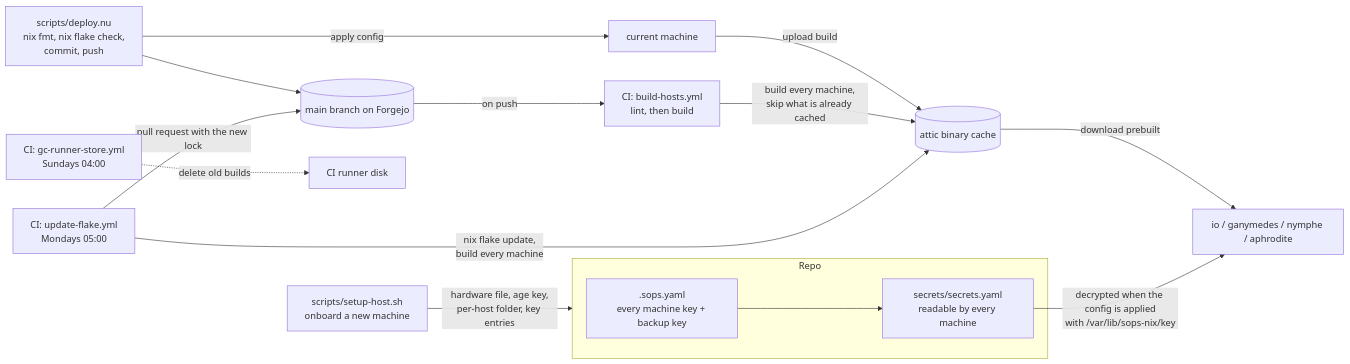
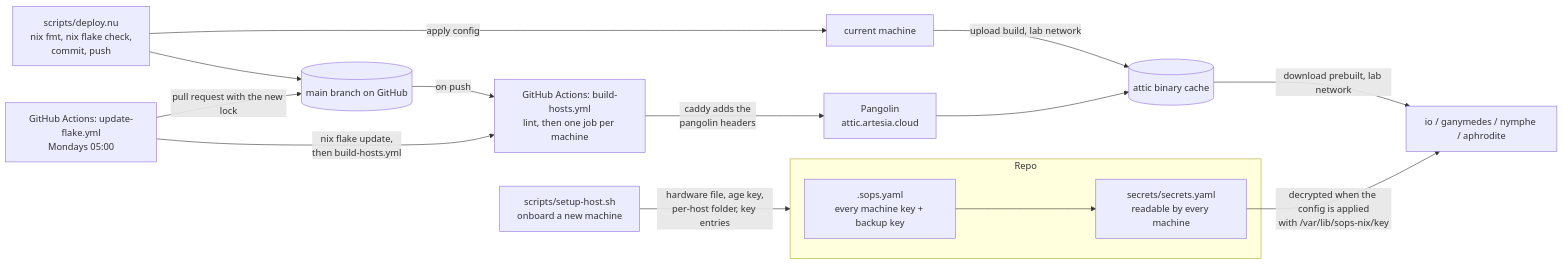
One commit to 68656c6c/celestial changed the second of 2 diagrams in docs/structure.md. Above: the diagram before and after it, drawn with Mermaid. The commit also changed other lines of this file and 1 other file, not shown here.

Commit message:
docs: github actions and attic through pangolin

````diff
--- a/docs/structure.md
+++ b/docs/structure.md
@@ -144,23 +143,23 @@
 ```mermaid
 flowchart LR
     subgraph repo["Repo"]
         sopscfg[".sops.yaml<br/>every machine key + backup key"]
         secrets["secrets/secrets.yaml<br/>readable by every machine"]
         sopscfg --> secrets
     end
 
     setup["scripts/setup-host.sh<br/>onboard a new machine"] -->|"hardware file, age key,<br/>per-host folder, key entries"| repo
 
-    deploy["scripts/deploy.nu<br/>nix fmt, nix flake check,<br/>commit, push"] --> main[("main branch on Forgejo")]
+    deploy["scripts/deploy.nu<br/>nix fmt, nix flake check,<br/>commit, push"] --> main[("main branch on GitHub")]
     deploy -->|"apply config"| local["current machine"]
-    local -->|"upload build"| attic[("attic binary cache")]
+    local -->|"upload build, lab network"| attic[("attic binary cache")]
 
-    main -->|"on push"| ci["CI: build-hosts.yml<br/>lint, then build"]
-    ci -->|"build every machine,<br/>skip what is already cached"| attic
-    gc["CI: gc-runner-store.yml<br/>Sundays 04:00"] -.->|"delete old builds"| runner["CI runner disk"]
-    upd["CI: update-flake.yml<br/>Mondays 05:00"] -->|"nix flake update,<br/>build every machine"| attic
+    main -->|"on push"| ci["GitHub Actions: build-hosts.yml<br/>lint, then one job per machine"]
+    ci -->|"caddy adds the<br/>pangolin headers"| pangolin["Pangolin<br/>attic.artesia.cloud"]
+    pangolin --> attic
+    upd["GitHub Actions: update-flake.yml<br/>Mondays 05:00"] -->|"nix flake update,<br/>then build-hosts.yml"| ci
     upd -->|"pull request with the new lock"| main
 
-    attic -->|"download prebuilt"| hostsbox["io / ganymedes / nymphe / aphrodite"]
+    attic -->|"download prebuilt, lab network"| hostsbox["io / ganymedes / nymphe / aphrodite"]
     secrets -->|"decrypted when the config is applied<br/>with /var/lib/sops-nix/key"| hostsbox
 ```
````
